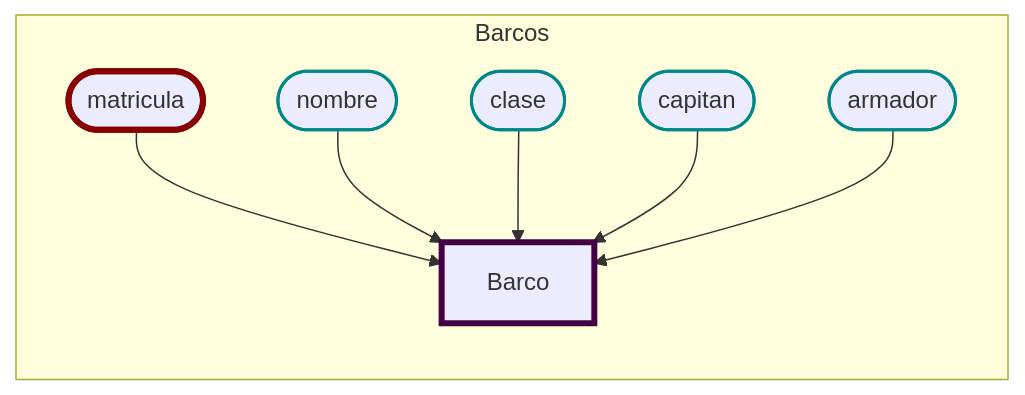
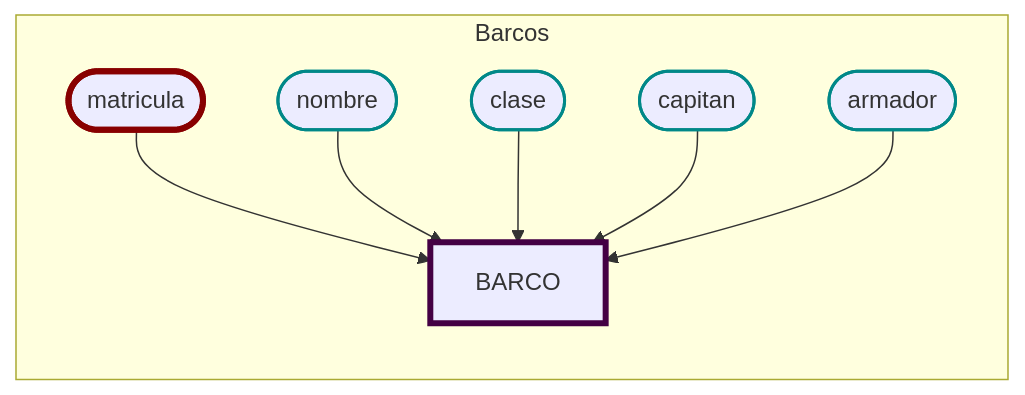
One commit to JulTob/Data changed the third of 9 diagrams in DataBases/lonja_DB.md. Above: the diagram before and after it, drawn with Mermaid. The commit also changed other lines of this file, not shown here.

````diff
--- a/DataBases/lonja_DB.md
+++ b/DataBases/lonja_DB.md
@@ -74,16 +74,16 @@
 ```mermaid
 flowchart LR   
   classDef atributo stroke:#088,stroke-width:2px;
   classDef pk stroke:#800,stroke-width:4px;
   classDef entidad stroke:#404,stroke-width:4px;
 
   %% Atributos BARCO
   subgraph Barcos
-  Barco:::entidad
+  Barco[BARCO]:::entidad
   matricula([matricula]):::pk --> Barco
   nombre([nombre]):::atributo --> Barco
   clase([clase]):::atributo --> Barco
   capitan([capitan]):::atributo --> Barco
   armador([armador]):::atributo --> Barco
   end
 ```
````
